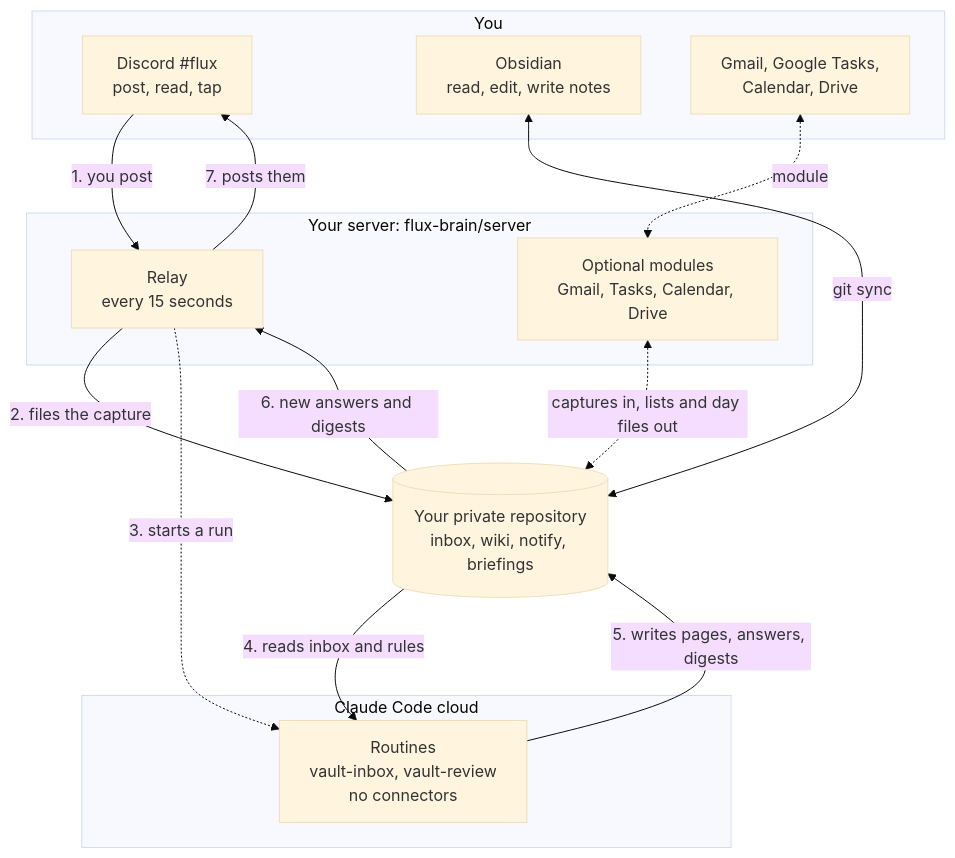
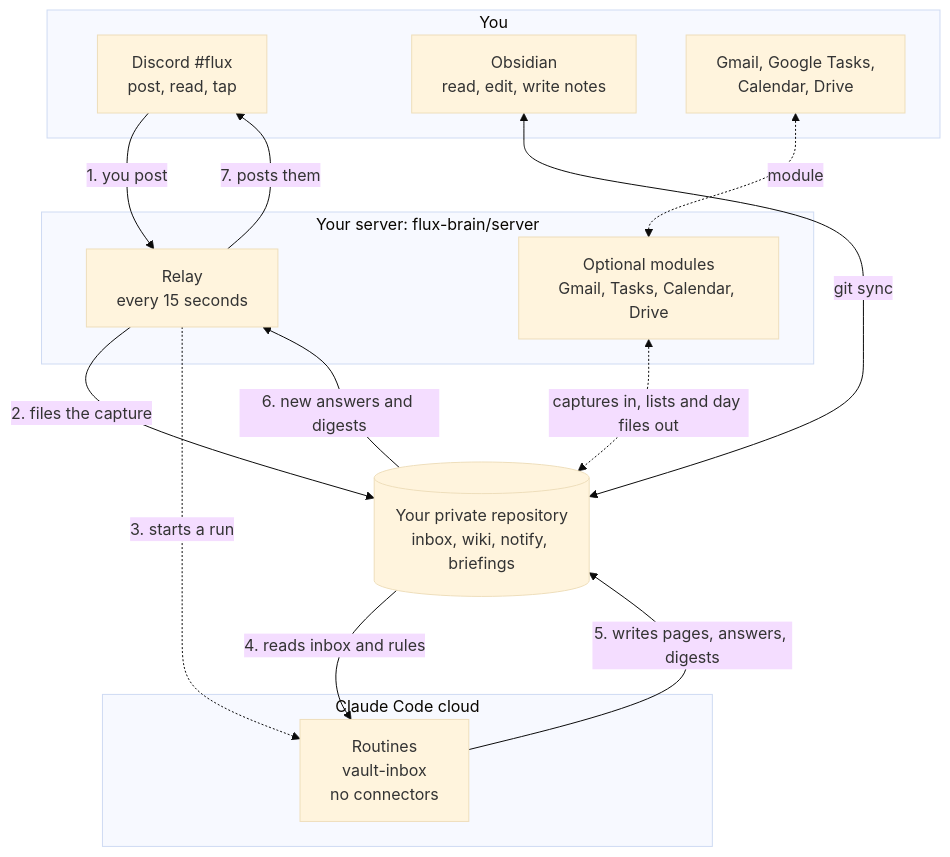
The first of 2 diagrams in README.md (flux-brain/vault-template), drawn with Mermaid (base theme) before and after one commit. The commit also changed other lines of this file and 7 other files, not shown here.

````diff
--- a/README.md
+++ b/README.md
@@ -33,27 +33,27 @@
 ```mermaid
 flowchart TB
   subgraph you["You"]
     discord["Discord #flux<br/>post, read, tap"]
     obsidian["Obsidian<br/>read, edit, write notes"]
     google["Gmail, Google Tasks,<br/>Calendar, Drive"]
   end
   subgraph server["Your server: flux-brain/server"]
     relay["Relay<br/>every 15 seconds"]
     modules["Optional modules<br/>Gmail, Tasks, Calendar, Drive"]
   end
   subgraph cloud["Claude Code cloud"]
-    routines["Routines<br/>vault-inbox, vault-review<br/>no connectors"]
+    routines["Routines<br/>vault-inbox<br/>no connectors"]
   end
   repo[("Your private repository<br/>inbox, wiki, notify, briefings")]
 
   discord -->|"1. you post"| relay
   relay -->|"2. files the capture"| repo
   relay -.->|"3. starts a run"| routines
   repo -->|"4. reads inbox and rules"| routines
   routines -->|"5. writes pages, answers, digests"| repo
   repo -->|"6. new answers and digests"| relay
   relay -->|"7. posts them"| discord
   obsidian <-->|"git sync"| repo
   google <-.->|"module"| modules
   modules <-.->|"captures in, lists and day files out"| repo
 ```
````
